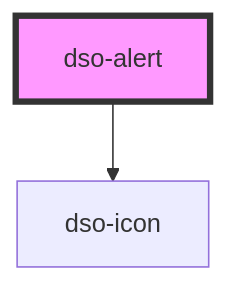
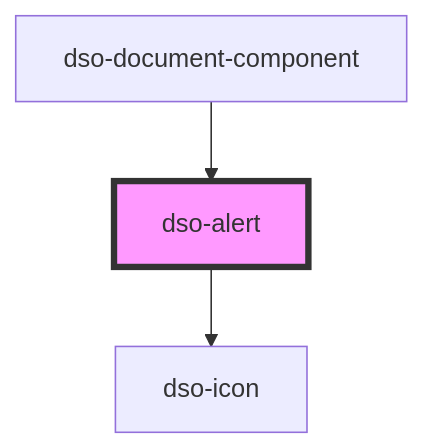
One commit to dso-toolkit/dso-toolkit changed the diagram in packages/core/src/components/alert/readme.md. Above: the diagram before and after it, drawn with Mermaid. The commit also changed other lines of this file and 93 other files, not shown here.

Commit message:
#2133 [Added] Nieuw component "Document Component".

````diff
--- a/packages/core/src/components/alert/readme.md
+++ b/packages/core/src/components/alert/readme.md
@@ -21,5 +25,6 @@
 ```mermaid
 graph TD;
   dso-alert --> dso-icon
+  dso-document-component --> dso-alert
   style dso-alert fill:#f9f,stroke:#333,stroke-width:4px
 ```
````
